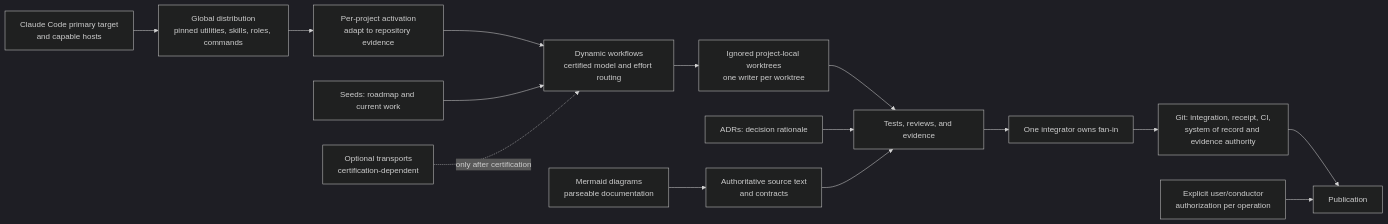
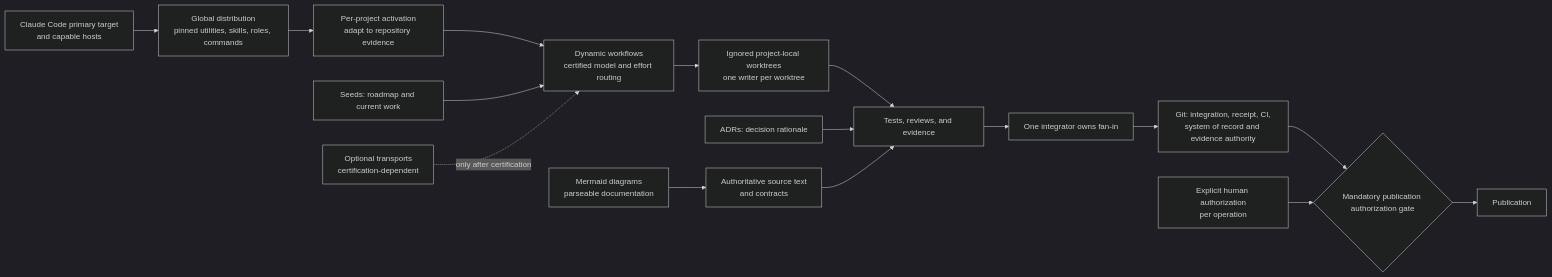
The diagram in VISION.md (Codeseys-Labs/agentic-sdlc), drawn with Mermaid (dark theme) before and after one commit. The commit also changed other lines of this file, not shown here.

````diff
--- a/VISION.md
+++ b/VISION.md
@@ -5,17 +5,18 @@
 ```mermaid
 flowchart LR
     H[Claude Code primary target\nand capable hosts] --> D[Global distribution\npinned utilities, skills, roles, commands]
     D --> A[Per-project activation\nadapt to repository evidence]
     A --> W[Dynamic workflows\ncertified model and effort routing]
     W --> T[Ignored project-local worktrees\none writer per worktree]
     T --> E[Tests, reviews, and evidence]
     E --> I[One integrator owns fan-in]
     S[Seeds: roadmap and current work] --> W
     ADR[ADRs: decision rationale] --> E
     R[Authoritative source text\nand contracts] --> E
     M[Mermaid diagrams\nparseable documentation] --> R
     O[Optional transports\ncertification-dependent] -. only after certification .-> W
     I --> G[Git: integration, receipt, CI,\nsystem of record and evidence authority]
-    G --> P[Publication]
-    U[Explicit user/conductor\nauthorization per operation] --> P
+    G --> PG{Mandatory publication authorization gate}
+    U[Explicit human authorization\nper operation] --> PG
+    PG --> P[Publication]
 ```
````
